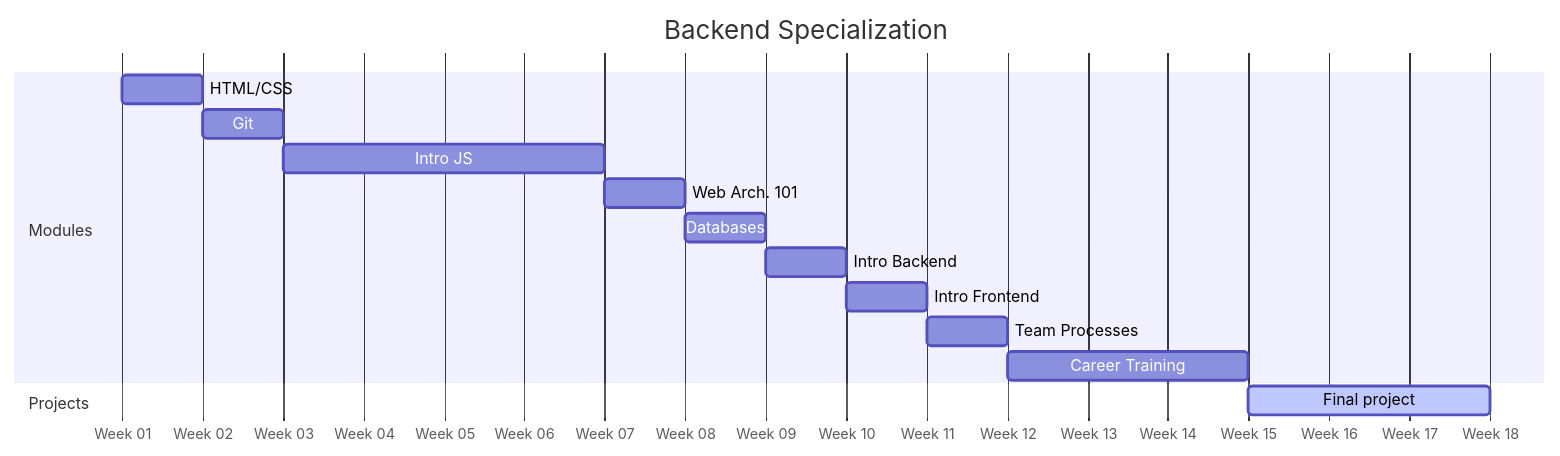
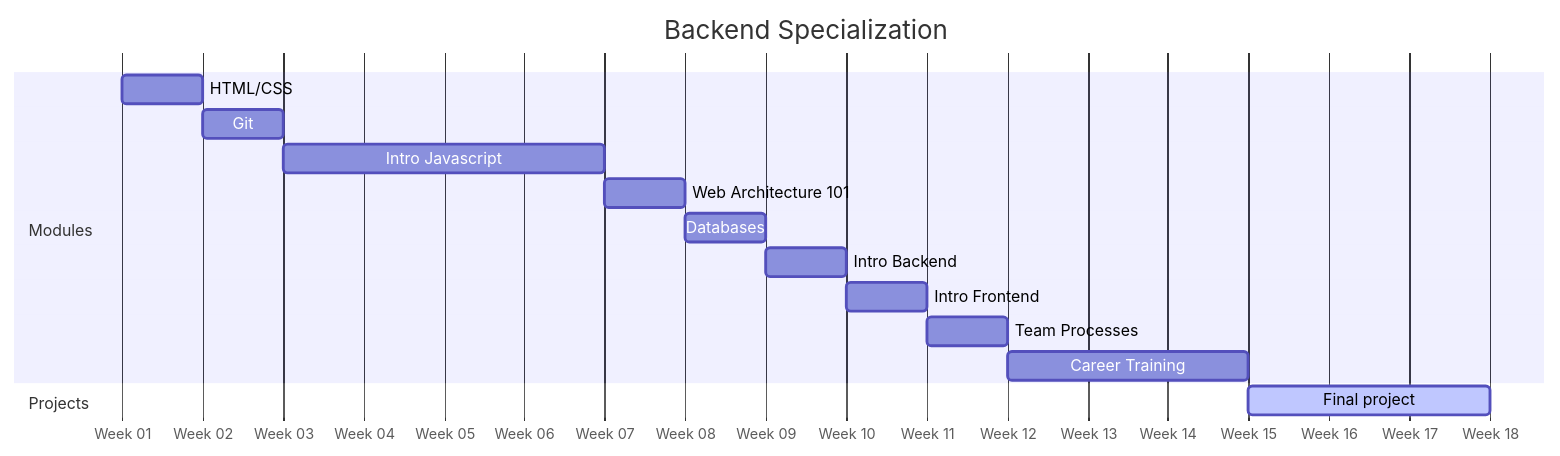
The diagram in courses/Foundation/README.md (HackYourFuture-CPH/program), drawn with Mermaid before and after one commit. The commit also changed 2 other files, not shown here.

````diff
--- a/courses/Foundation/README.md
+++ b/courses/Foundation/README.md
@@ -8,20 +8,20 @@
 ```mermaid
 gantt
     title Backend Specialization
     dateFormat  YYYY-MM-DD
     axisFormat  Week %U
 
     section Modules
     HTML/CSS            :a1, 2025-01-05, 1w
     Git                 :a2, after a1, 1w
-    Intro JS            :a3, after a2, 4w
-    Web Arch. 101       :a4, after a3, 1w
+    Intro Javascript    :a3, after a2, 4w
+    Web Architecture 101       :a4, after a3, 1w
     Databases           :a5, after a4, 1w
     Intro Backend       :a6, after a5, 1w
     Intro Frontend      :a7, after a6, 1w
     Team Processes      :a8, after a7, 1w
     Career Training     :a9, after a8, 3w
 
     section Projects
     Final project       :active, a10, after a9, 3w
 ```
````
